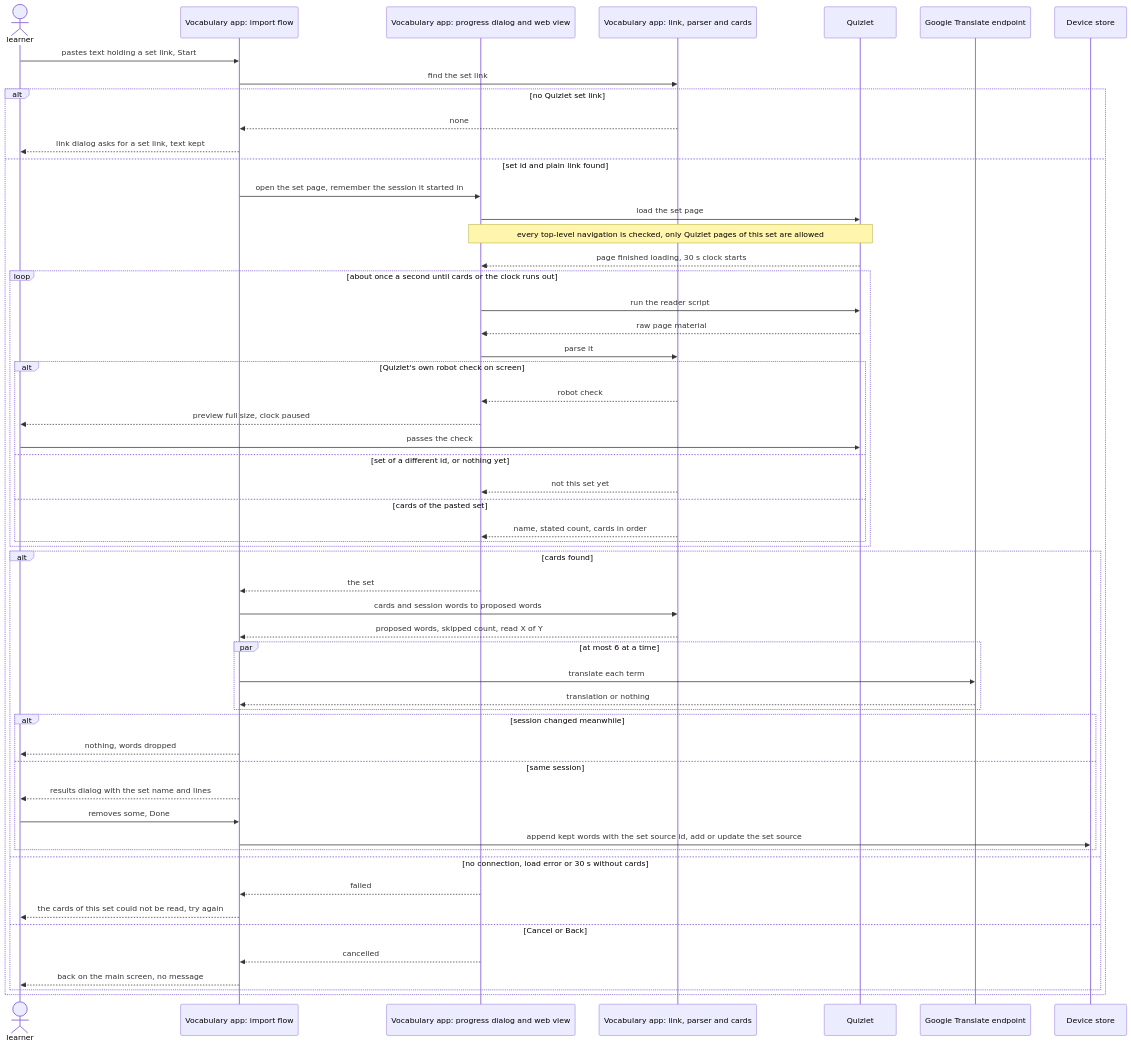
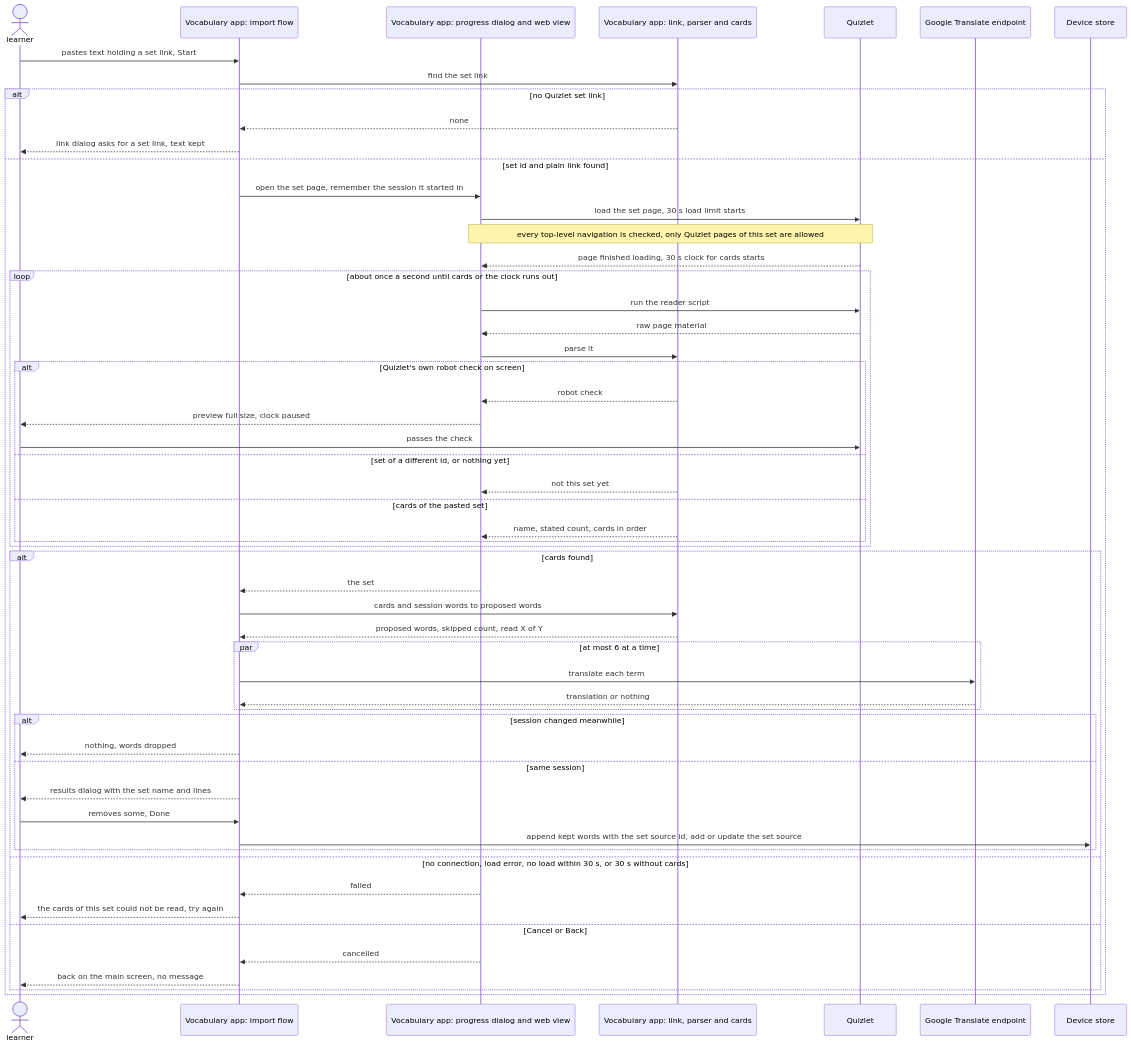
The third of 4 diagrams in docs/features/import-from-quizlet/sad.md (mlevytskiy/flutter_vocabulary_app), drawn with Mermaid before and after one commit. The commit also changed other lines of this file and 2 other files, not shown here.

Commit message:
design: import-from-quizlet finalization (critic pass)

````diff
--- a/docs/features/import-from-quizlet/sad.md
+++ b/docs/features/import-from-quizlet/sad.md
@@ -218,57 +218,57 @@
 ```mermaid
 sequenceDiagram
     actor Learner as learner
     participant Flow as Vocabulary app: import flow
     participant Progress as Vocabulary app: progress dialog and web view
     participant Parser as Vocabulary app: link, parser and cards
     participant Quizlet as Quizlet
     participant GT as Google Translate endpoint
     participant Device as Device store
     Learner->>Flow: pastes text holding a set link, Start
     Flow->>Parser: find the set link
     alt no Quizlet set link
         Parser-->>Flow: none
         Flow-->>Learner: link dialog asks for a set link, text kept
     else set id and plain link found
         Flow->>Progress: open the set page, remember the session it started in
-        Progress->>Quizlet: load the set page
+        Progress->>Quizlet: load the set page, 30 s load limit starts
         Note over Progress,Quizlet: every top-level navigation is checked, only Quizlet pages of this set are allowed
-        Quizlet-->>Progress: page finished loading, 30 s clock starts
+        Quizlet-->>Progress: page finished loading, 30 s clock for cards starts
         loop about once a second until cards or the clock runs out
             Progress->>Quizlet: run the reader script
             Quizlet-->>Progress: raw page material
             Progress->>Parser: parse it
             alt Quizlet's own robot check on screen
                 Parser-->>Progress: robot check
                 Progress-->>Learner: preview full size, clock paused
                 Learner->>Quizlet: passes the check
             else set of a different id, or nothing yet
                 Parser-->>Progress: not this set yet
             else cards of the pasted set
                 Parser-->>Progress: name, stated count, cards in order
             end
         end
         alt cards found
             Progress-->>Flow: the set
             Flow->>Parser: cards and session words to proposed words
             Parser-->>Flow: proposed words, skipped count, read X of Y
             par at most 6 at a time
                 Flow->>GT: translate each term
                 GT-->>Flow: translation or nothing
             end
             alt session changed meanwhile
                 Flow-->>Learner: nothing, words dropped
             else same session
                 Flow-->>Learner: results dialog with the set name and lines
                 Learner->>Flow: removes some, Done
                 Flow->>Device: append kept words with the set source id, add or update the set source
             end
-        else no connection, load error or 30 s without cards
+        else no connection, load error, no load within 30 s, or 30 s without cards
             Progress-->>Flow: failed
             Flow-->>Learner: the cards of this set could not be read, try again
         else Cancel or Back
             Progress-->>Flow: cancelled
             Flow-->>Learner: back on the main screen, no message
         end
     end
 ```
````
